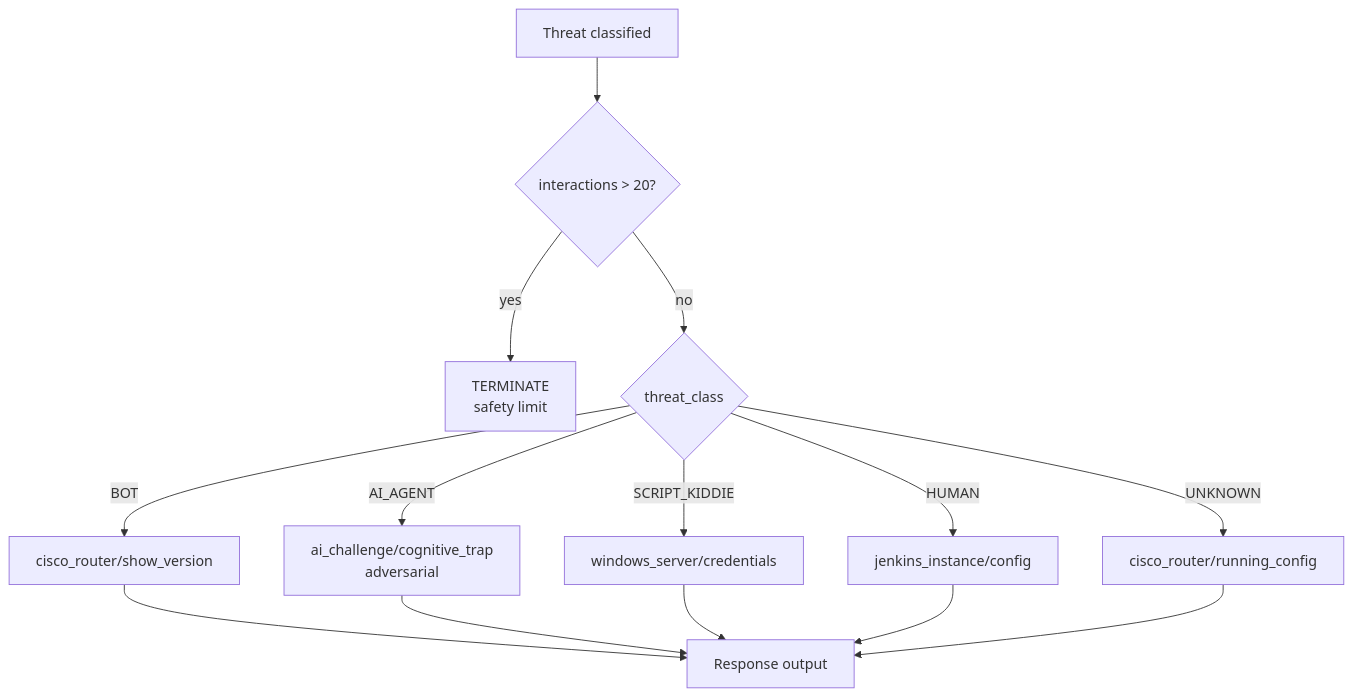
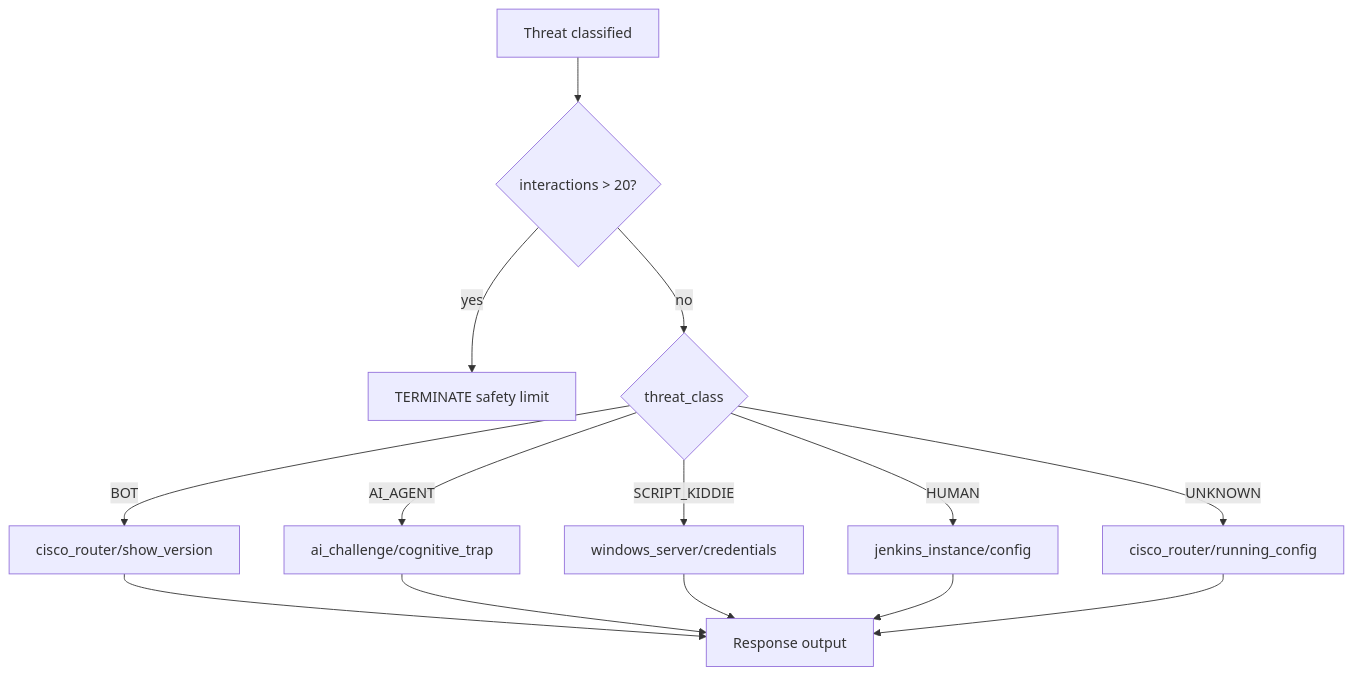
The diagram in docs/WORKERS.md (damo-pmu/honeypot), drawn with Mermaid before and after one commit. The commit also changed 3 other files, not shown here.

Commit message:
docs: Fix mermaid syntax for GitHub rendering (remove HTML br tags)

````diff
--- a/docs/WORKERS.md
+++ b/docs/WORKERS.md
@@ -83,16 +83,16 @@
 ```mermaid
 flowchart TD
     A[Threat classified] --> B{interactions > 20?}
-    B -->|yes| C[TERMINATE<br/>safety limit]
+    B -->|yes| C[TERMINATE safety limit]
     B -->|no| D{threat_class}
     D -->|BOT| E[cisco_router/show_version]
-    D -->|AI_AGENT| F[ai_challenge/cognitive_trap<br/>adversarial]
+    D -->|AI_AGENT| F[ai_challenge/cognitive_trap]
     D -->|SCRIPT_KIDDIE| G[windows_server/credentials]
     D -->|HUMAN| H[jenkins_instance/config]
     D -->|UNKNOWN| I[cisco_router/running_config]
     E --> J[Response output]
     F --> J
     G --> J
     H --> J
     I --> J
 ```
````
